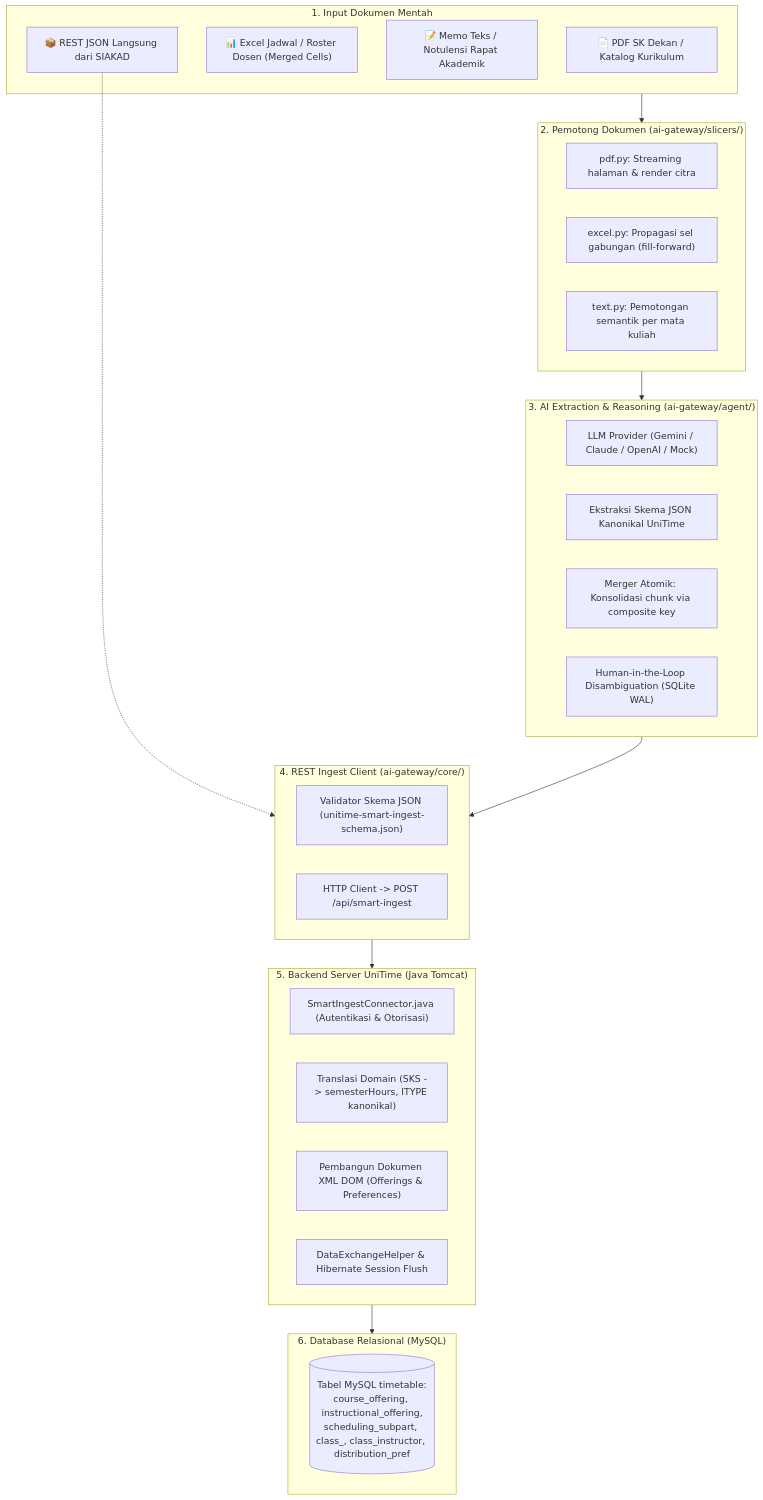
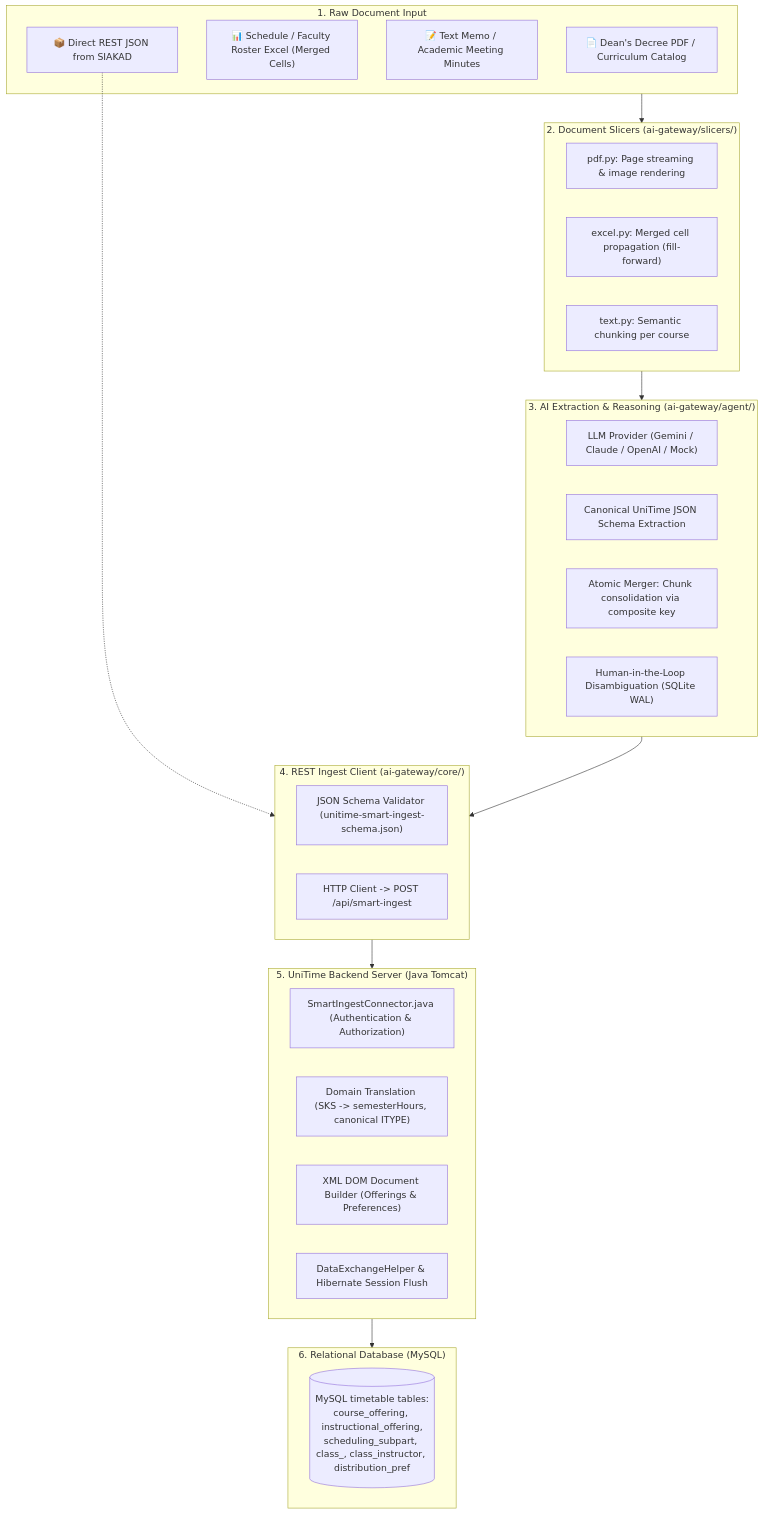
The second of 2 diagrams in README.md (hanafishiddiq/unitime), drawn with Mermaid before and after one commit. The commit also changed other lines of this file, not shown here.

Commit message:
docs: translate README.md to English with 100% semantic equivalence

````diff
--- a/README.md
+++ b/README.md
@@ -103,45 +103,45 @@
 ```mermaid
 flowchart TD
-    subgraph INPUT["1. Input Dokumen Mentah"]
-        A1["📄 PDF SK Dekan / Katalog Kurikulum"]
-        A2["📊 Excel Jadwal / Roster Dosen (Merged Cells)"]
-        A3["📝 Memo Teks / Notulensi Rapat Akademik"]
-        A4["📦 REST JSON Langsung dari SIAKAD"]
+    subgraph INPUT["1. Raw Document Input"]
+        A1["📄 Dean's Decree PDF / Curriculum Catalog"]
+        A2["📊 Schedule / Faculty Roster Excel (Merged Cells)"]
+        A3["📝 Text Memo / Academic Meeting Minutes"]
+        A4["📦 Direct REST JSON from SIAKAD"]
     end
 
-    subgraph SLICER["2. Pemotong Dokumen (ai-gateway/slicers/)"]
-        B1["pdf.py: Streaming halaman & render citra"]
-        B2["excel.py: Propagasi sel gabungan (fill-forward)"]
-        B3["text.py: Pemotongan semantik per mata kuliah"]
+    subgraph SLICER["2. Document Slicers (ai-gateway/slicers/)"]
+        B1["pdf.py: Page streaming & image rendering"]
+        B2["excel.py: Merged cell propagation (fill-forward)"]
+        B3["text.py: Semantic chunking per course"]
     end
 
     subgraph AGENT["3. AI Extraction & Reasoning (ai-gateway/agent/)"]
         C1["LLM Provider (Gemini / Claude / OpenAI / Mock)"]
-        C2["Ekstraksi Skema JSON Kanonikal UniTime"]
-        C3["Merger Atomik: Konsolidasi chunk via composite key"]
+        C2["Canonical UniTime JSON Schema Extraction"]
+        C3["Atomic Merger: Chunk consolidation via composite key"]
         C4["Human-in-the-Loop Disambiguation (SQLite WAL)"]
     end
 
     subgraph REST["4. REST Ingest Client (ai-gateway/core/)"]
-        D1["Validator Skema JSON (unitime-smart-ingest-schema.json)"]
+        D1["JSON Schema Validator (unitime-smart-ingest-schema.json)"]
         D2["HTTP Client -> POST /api/smart-ingest"]
     end
 
-    subgraph BACKEND["5. Backend Server UniTime (Java Tomcat)"]
-        E1["SmartIngestConnector.java (Autentikasi & Otorisasi)"]
-        E2["Translasi Domain (SKS -> semesterHours, ITYPE kanonikal)"]
-        E3["Pembangun Dokumen XML DOM (Offerings & Preferences)"]
+    subgraph BACKEND["5. UniTime Backend Server (Java Tomcat)"]
+        E1["SmartIngestConnector.java (Authentication & Authorization)"]
+        E2["Domain Translation (SKS -> semesterHours, canonical ITYPE)"]
+        E3["XML DOM Document Builder (Offerings & Preferences)"]
         E4["DataExchangeHelper & Hibernate Session Flush"]
     end
 
-    subgraph DB["6. Database Relasional (MySQL)"]
-        F1[("Tabel MySQL timetable:<br/>course_offering, instructional_offering,<br/>scheduling_subpart, class_, class_instructor, distribution_pref")]
+    subgraph DB["6. Relational Database (MySQL)"]
+        F1[("MySQL timetable tables:<br/>course_offering, instructional_offering,<br/>scheduling_subpart, class_, class_instructor, distribution_pref")]
     end
 
     INPUT --> SLICER
     A4 -.-> REST
     SLICER --> AGENT
     AGENT --> REST
     REST --> BACKEND
     BACKEND --> DB
 ```
````
